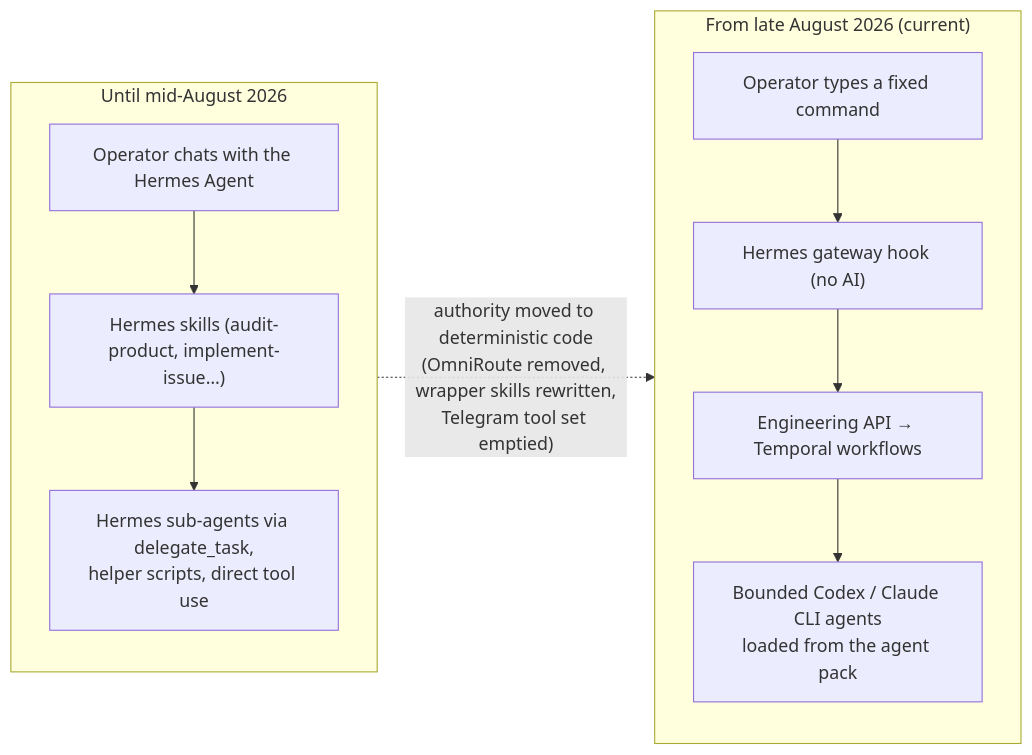
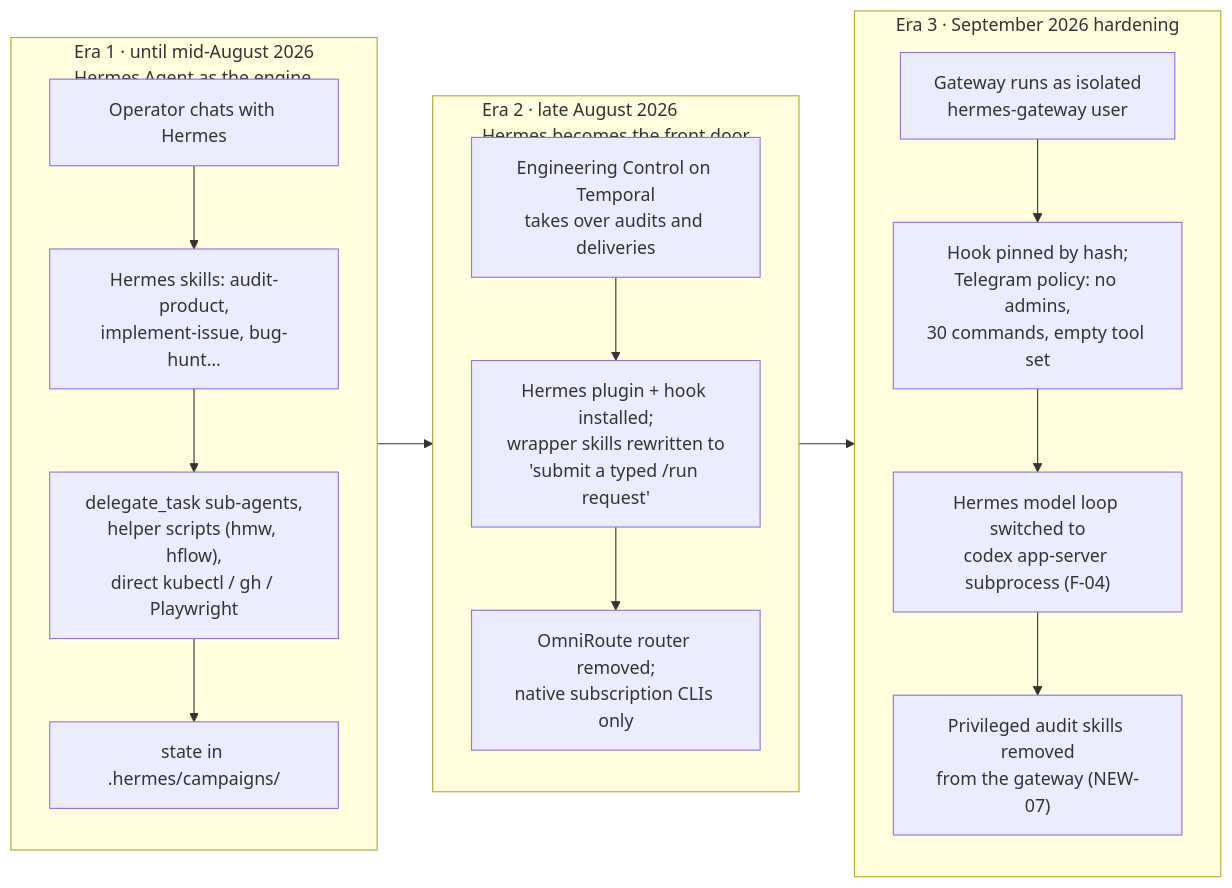
Before and after one commit to gntik-ai/Engineering-Control-Kubernetes: the fifth of 5 diagrams in docs/architecture-course/functional-overview/02-hermes-and-temporal-together.md, drawn with Mermaid. The commit also changed other lines of this file and 7 other files, not shown here.

First line of the commit message:
docs: centre the functional overview on the Hermes Agent framework

````diff
--- a/docs/architecture-course/functional-overview/02-hermes-and-temporal-together.md
+++ b/docs/architecture-course/functional-overview/02-hermes-and-temporal-together.md
@@ -184,13 +240,18 @@
 ```mermaid
 flowchart LR
-    subgraph BEFORE["Until mid-August 2026"]
-        B1["Operator chats with the Hermes Agent"] --> B2["Hermes skills (audit-product, implement-issue…)"]
-        B2 --> B3["Hermes sub-agents via delegate_task,<br/>helper scripts, direct tool use"]
+    subgraph E1["Era 1 · until mid-August 2026<br/>Hermes Agent as the engine"]
+        A1["Operator chats with Hermes"] --> A2["Hermes skills: audit-product,<br/>implement-issue, bug-hunt…"]
+        A2 --> A3["delegate_task sub-agents,<br/>helper scripts (hmw, hflow),<br/>direct kubectl / gh / Playwright"]
+        A3 --> A4["state in .hermes/campaigns/"]
     end
-    subgraph NOW["From late August 2026 (current)"]
-        N1["Operator types a fixed command"] --> N2["Hermes gateway hook (no AI)"]
-        N2 --> N3["Engineering API → Temporal workflows"]
-        N3 --> N4["Bounded Codex / Claude CLI agents<br/>loaded from the agent pack"]
+    subgraph E2["Era 2 · late August 2026<br/>Hermes becomes the front door"]
+        B1["Engineering Control on Temporal<br/>takes over audits and deliveries"] --> B2["Hermes plugin + hook installed;<br/>wrapper skills rewritten to<br/>'submit a typed /run request'"]
+        B2 --> B3["OmniRoute router removed;<br/>native subscription CLIs only"]
     end
-    BEFORE -. "authority moved to deterministic code<br/>(OmniRoute removed, wrapper skills rewritten,<br/>Telegram tool set emptied)" .-> NOW
+    subgraph E3["Era 3 · September 2026 hardening"]
+        C1["Gateway runs as isolated<br/>hermes-gateway user"] --> C2["Hook pinned by hash;<br/>Telegram policy: no admins,<br/>30 commands, empty tool set"]
+        C2 --> C3["Hermes model loop switched to<br/>codex app-server subprocess (F-04)"]
+        C3 --> C4["Privileged audit skills removed<br/>from the gateway (NEW-07)"]
+    end
+    E1 --> E2 --> E3
 ```
````
